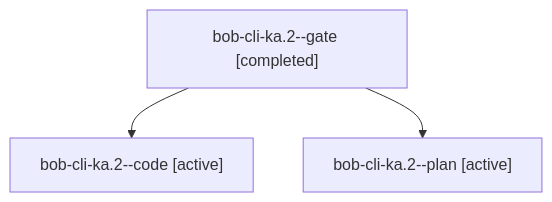
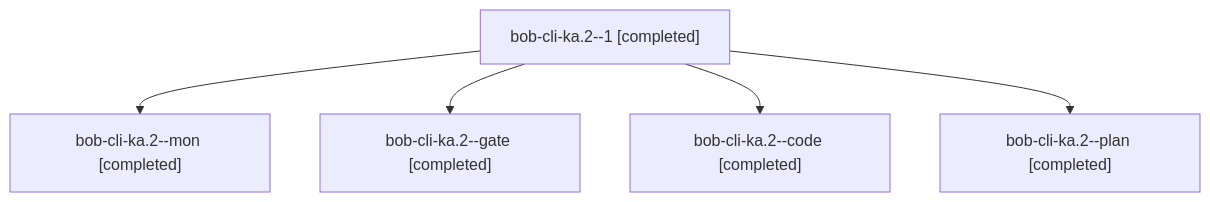
One commit to bobs-org/bob-cli--agents changed the diagram in sessions/bbugyi200.athena.bob-cli-ka.2.md. Above: the diagram before and after it, drawn with Mermaid. The commit also changed other lines of this file and 38 other files, not shown here.

````diff
--- a/sessions/bbugyi200.athena.bob-cli-ka.2.md
+++ b/sessions/bbugyi200.athena.bob-cli-ka.2.md
@@ -9,8 +9,12 @@
 ```mermaid
 flowchart TD
-  n0["bob-cli-ka.2--gate [completed]"]
-  n1["bob-cli-ka.2--code [active]"]
+  n0["bob-cli-ka.2--1 [completed]"]
+  n1["bob-cli-ka.2--mon [completed]"]
   n0 --> n1
-  n2["bob-cli-ka.2--plan [active]"]
+  n2["bob-cli-ka.2--gate [completed]"]
   n0 --> n2
+  n3["bob-cli-ka.2--code [completed]"]
+  n0 --> n3
+  n4["bob-cli-ka.2--plan [completed]"]
+  n0 --> n4
 ```
````
